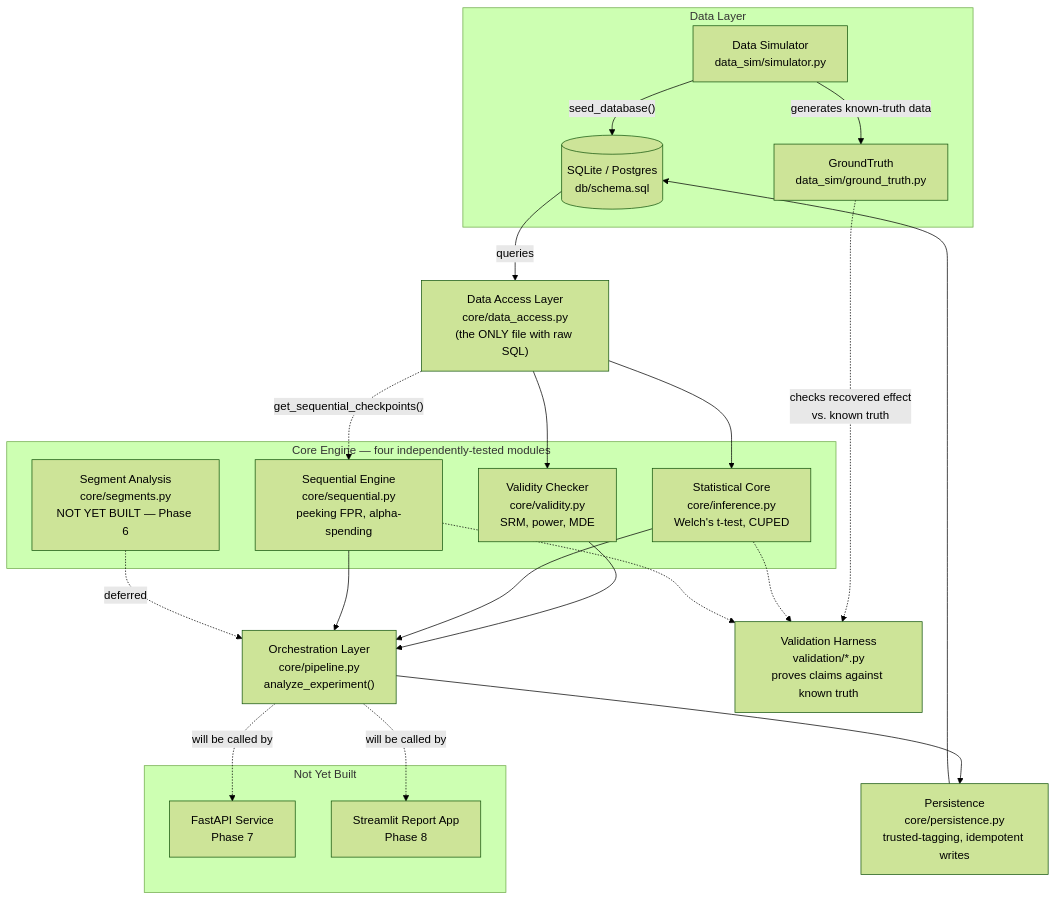
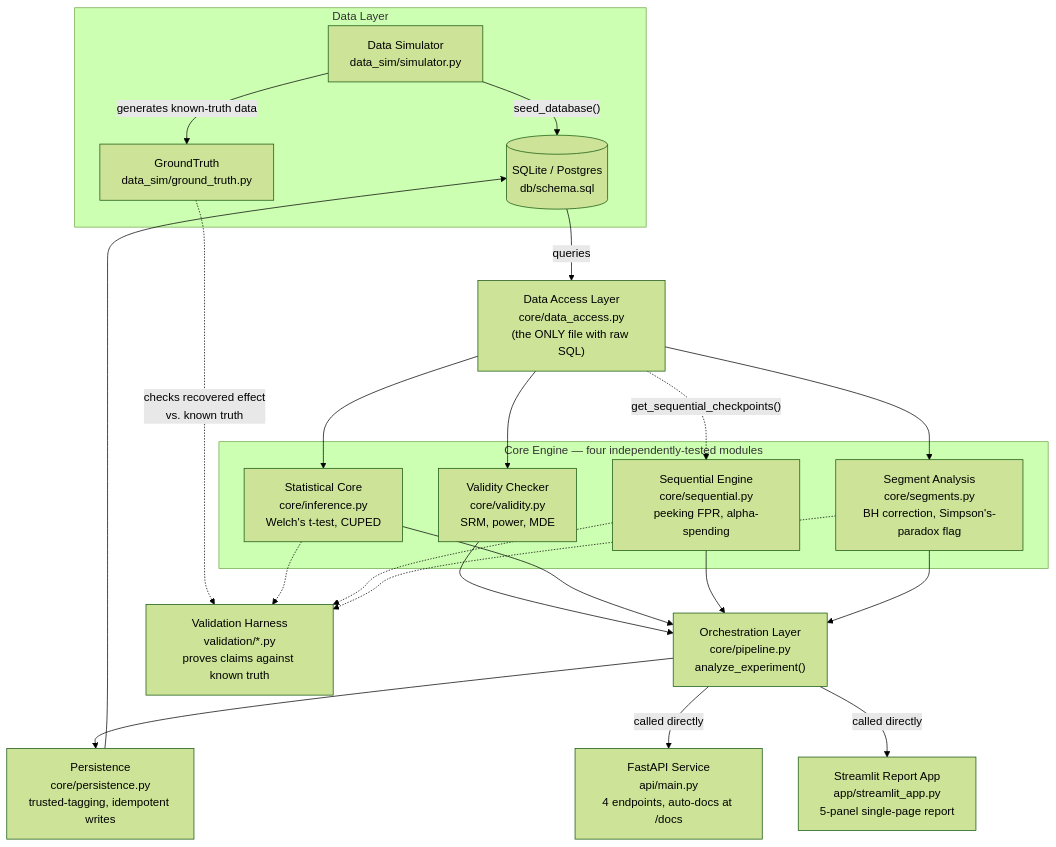
One commit to tarun-rai21/ab-test-engine changed the diagram in README.md. Above: the diagram before and after it, drawn with Mermaid (forest theme). The commit also changed other lines of this file, not shown here.

````diff
--- a/README.md
+++ b/README.md
@@ -55,46 +66,46 @@
 ```mermaid
 flowchart TB
     subgraph DataLayer["Data Layer"]
         SIM["Data Simulator<br/>data_sim/simulator.py"]
         GT["GroundTruth<br/>data_sim/ground_truth.py"]
         DB[("SQLite / Postgres<br/>db/schema.sql")]
         SIM -->|"generates known-truth data"| GT
         SIM -->|"seed_database()"| DB
     end
 
     DATAACCESS["Data Access Layer<br/>core/data_access.py<br/>(the ONLY file with raw SQL)"]
     DB -->|"queries"| DATAACCESS
 
     subgraph CoreEngine["Core Engine — four independently-tested modules"]
         VALIDITY["Validity Checker<br/>core/validity.py<br/>SRM, power, MDE"]
         INFERENCE["Statistical Core<br/>core/inference.py<br/>Welch's t-test, CUPED"]
         SEQUENTIAL["Sequential Engine<br/>core/sequential.py<br/>peeking FPR, alpha-spending"]
-        SEGMENTS["Segment Analysis<br/>core/segments.py<br/>NOT YET BUILT — Phase 6"]
+        SEGMENTS["Segment Analysis<br/>core/segments.py<br/>BH correction, Simpson's-paradox flag"]
     end
 
     DATAACCESS --> VALIDITY
     DATAACCESS --> INFERENCE
     DATAACCESS -.->|"get_sequential_checkpoints()"| SEQUENTIAL
+    DATAACCESS --> SEGMENTS
 
     PIPELINE["Orchestration Layer<br/>core/pipeline.py<br/>analyze_experiment()"]
     VALIDITY --> PIPELINE
     INFERENCE --> PIPELINE
     SEQUENTIAL --> PIPELINE
-    SEGMENTS -.->|"deferred"| PIPELINE
+    SEGMENTS --> PIPELINE
 
     PERSIST["Persistence<br/>core/persistence.py<br/>trusted-tagging, idempotent writes"]
     PIPELINE --> PERSIST
     PERSIST --> DB
 
     VALIDATION["Validation Harness<br/>validation/*.py<br/>proves claims against known truth"]
     GT -.->|"checks recovered effect<br/>vs. known truth"| VALIDATION
     INFERENCE -.-> VALIDATION
     SEQUENTIAL -.-> VALIDATION
+    SEGMENTS -.-> VALIDATION
 
-    subgraph Future["Not Yet Built"]
-        API["FastAPI Service<br/>Phase 7"]
-        APP["Streamlit Report App<br/>Phase 8"]
-    end
-    PIPELINE -.->|"will be called by"| API
-    PIPELINE -.->|"will be called by"| APP
+    API["FastAPI Service<br/>api/main.py<br/>4 endpoints, auto-docs at /docs"]
+    APP["Streamlit Report App<br/>app/streamlit_app.py<br/>5-panel single-page report"]
+    PIPELINE -->|"called directly"| API
+    PIPELINE -->|"called directly"| APP
 ```
````
